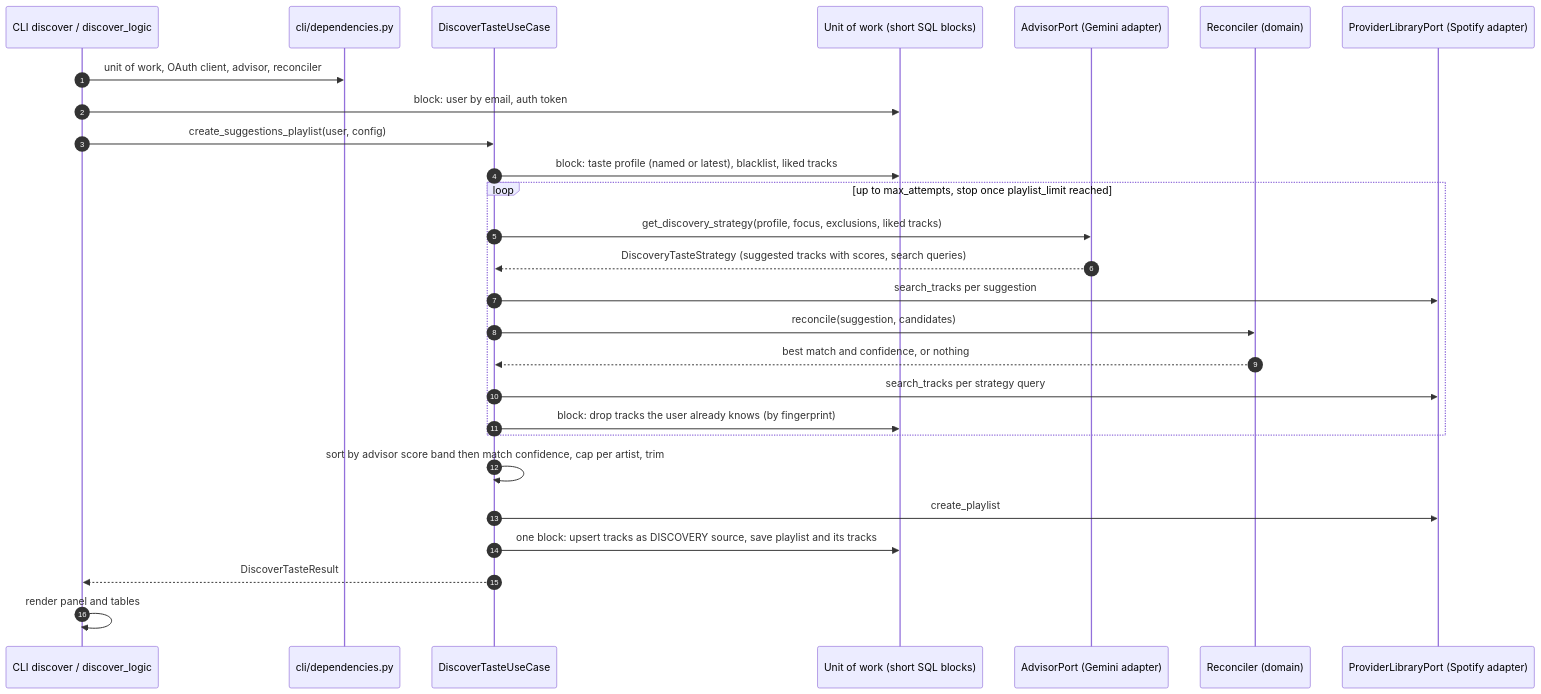
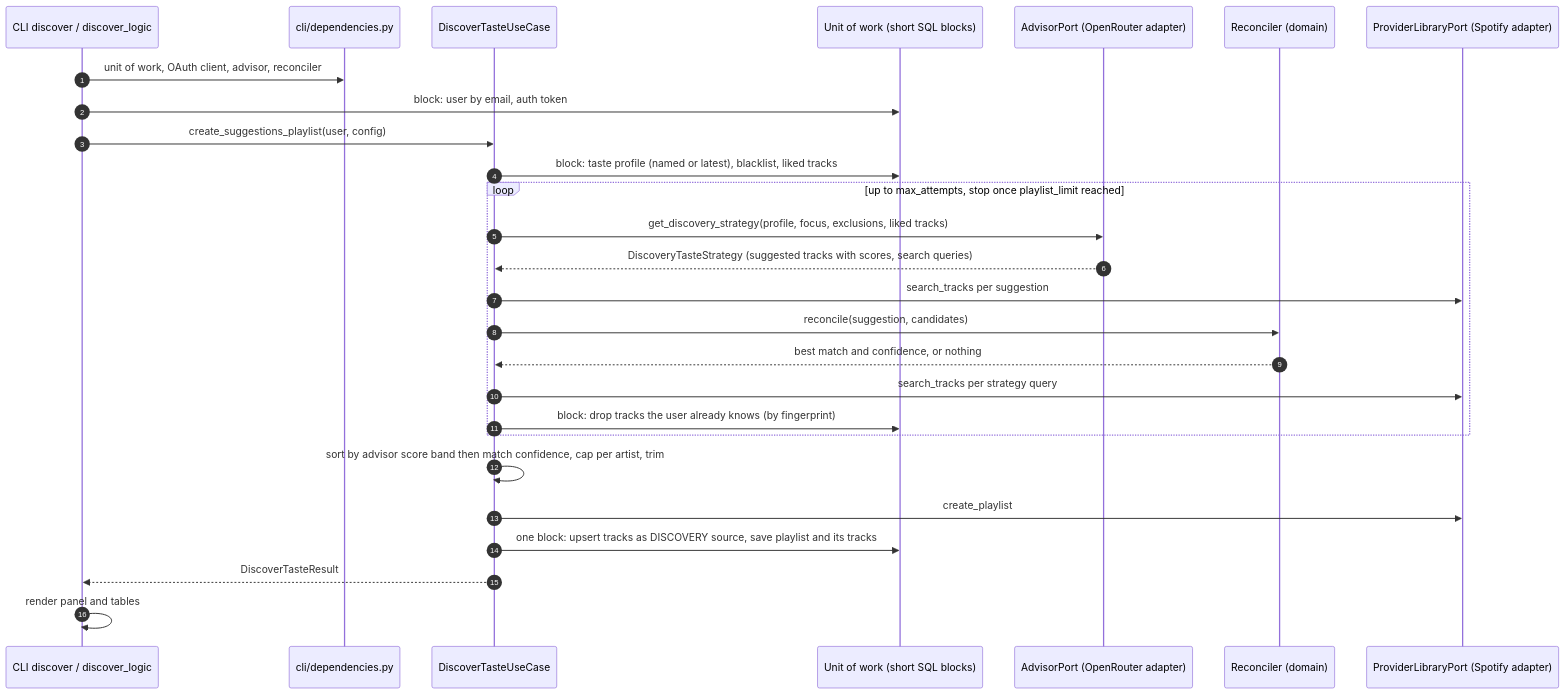
The second of 2 diagrams in docs/technical/architecture.md (ychab/museflow), drawn with Mermaid before and after one commit. The commit also changed other lines of this file and 18 other files, not shown here.

First line of the commit message:
docs: document the OpenRouter gateway

````diff
--- a/docs/technical/architecture.md
+++ b/docs/technical/architecture.md
@@ -69,30 +69,30 @@
 ```mermaid
 sequenceDiagram
     autonumber
     participant CLI as CLI discover / discover_logic
     participant DI as cli/dependencies.py
     participant UC as DiscoverTasteUseCase
     participant UoW as Unit of work (short SQL blocks)
-    participant Adv as AdvisorPort (Gemini adapter)
+    participant Adv as AdvisorPort (OpenRouter adapter)
     participant Rec as Reconciler (domain)
     participant Lib as ProviderLibraryPort (Spotify adapter)
 
     CLI->>DI: unit of work, OAuth client, advisor, reconciler
     CLI->>UoW: block: user by email, auth token
     CLI->>UC: create_suggestions_playlist(user, config)
     UC->>UoW: block: taste profile (named or latest), blacklist, liked tracks
     loop up to max_attempts, stop once playlist_limit reached
         UC->>Adv: get_discovery_strategy(profile, focus, exclusions, liked tracks)
         Adv-->>UC: DiscoveryTasteStrategy (suggested tracks with scores, search queries)
         UC->>Lib: search_tracks per suggestion
         UC->>Rec: reconcile(suggestion, candidates)
         Rec-->>UC: best match and confidence, or nothing
         UC->>Lib: search_tracks per strategy query
         UC->>UoW: block: drop tracks the user already knows (by fingerprint)
     end
     UC->>UC: sort by advisor score band then match confidence, cap per artist, trim
     UC->>Lib: create_playlist
     UC->>UoW: one block: upsert tracks as DISCOVERY source, save playlist and its tracks
     UC-->>CLI: DiscoverTasteResult
     CLI->>CLI: render panel and tables
 ```
````
